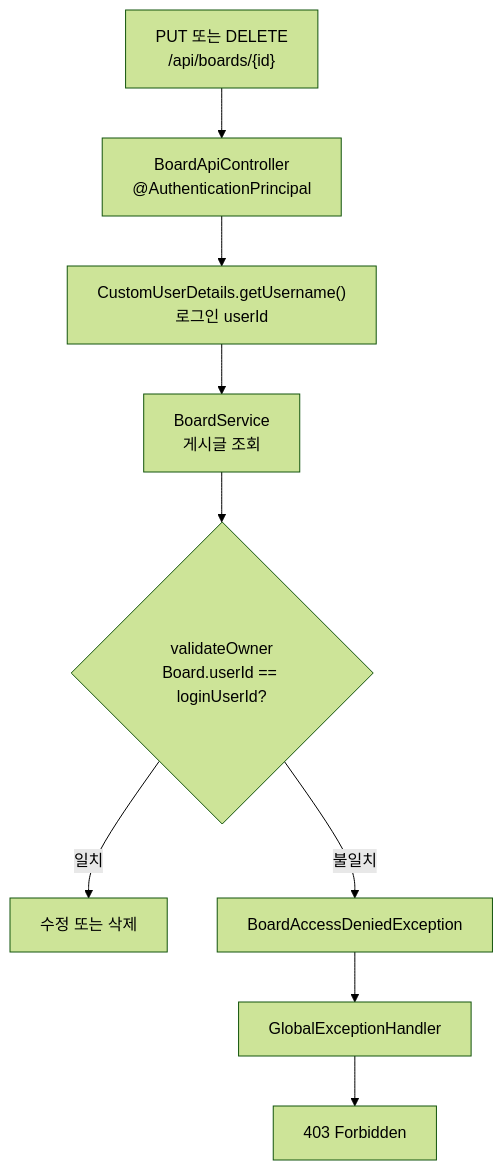
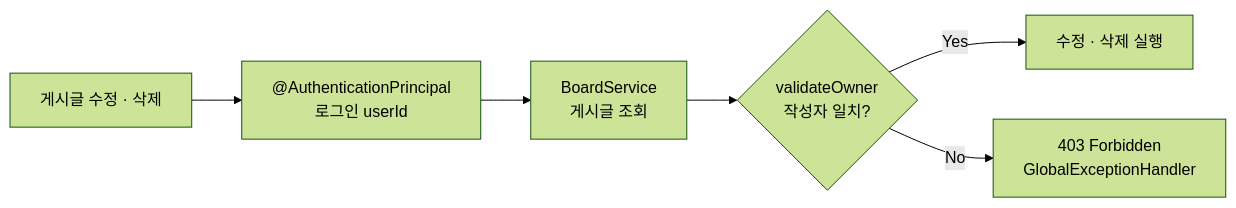
Before and after one commit to Kimm-jin/Programmers-dev-lect: the fifth of 5 diagrams in report/Spring-security/basic-board/README.md, drawn with Mermaid (forest theme). The commit also changed other lines of this file, not shown here.

````diff
--- a/report/Spring-security/basic-board/README.md
+++ b/report/Spring-security/basic-board/README.md
@@ -152,11 +148,13 @@
 ```mermaid
-flowchart TD
-    REQ["PUT 또는 DELETE<br/>/api/boards/{id}"] --> PRINCIPAL["BoardApiController<br/>@AuthenticationPrincipal"]
-    PRINCIPAL --> UID["CustomUserDetails.getUsername()<br/>로그인 userId"]
-    UID --> FIND["BoardService<br/>게시글 조회"]
-    FIND --> OWNER{"validateOwner<br/>Board.userId == loginUserId?"}
-    OWNER -->|일치| OK["수정 또는 삭제"]
-    OWNER -->|불일치| DENY["BoardAccessDeniedException"]
-    DENY --> HANDLER["GlobalExceptionHandler"]
-    HANDLER --> E403["403 Forbidden"]
+flowchart LR
+    REQ["게시글 수정 · 삭제"]
+    USER["@AuthenticationPrincipal<br/>로그인 userId"]
+    BOARD["BoardService<br/>게시글 조회"]
+    OWNER{"validateOwner<br/>작성자 일치?"}
+    OK["수정 · 삭제 실행"]
+    DENY["403 Forbidden<br/>GlobalExceptionHandler"]
+
+    REQ --> USER --> BOARD --> OWNER
+    OWNER -->|Yes| OK
+    OWNER -->|No| DENY
 ```
````
